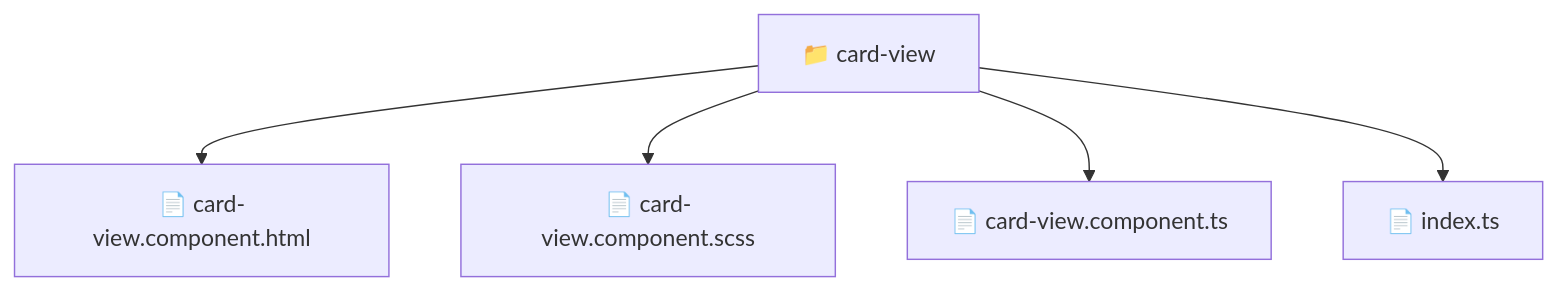
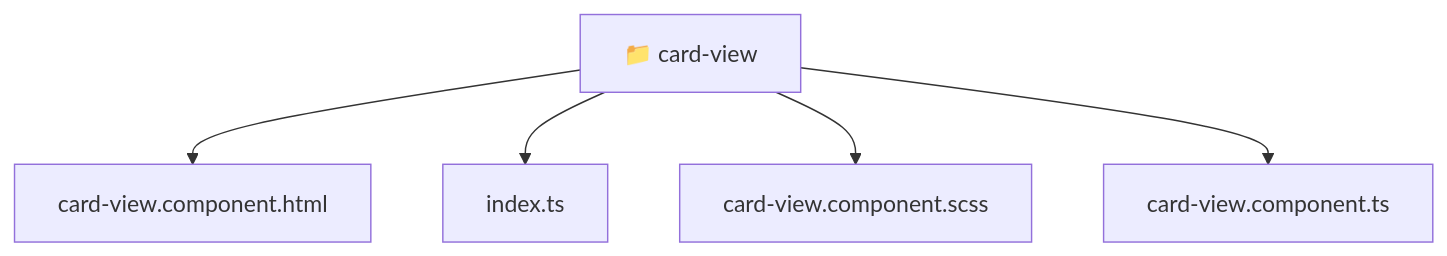
The diagram in frontend/src/shared/ui/card-view/README.md (beginwebdev2002/fullstack-mavluda), drawn with Mermaid before and after one commit. The commit also changed other lines of this file and 167 other files, not shown here.

````diff
--- a/frontend/src/shared/ui/card-view/README.md
+++ b/frontend/src/shared/ui/card-view/README.md
@@ -11,8 +11,12 @@
 ```mermaid
 graph TD
-  Root["📁 card-view"]
-  Root --> card_view_component_html["📄 card-view.component.html"]
-  Root --> card_view_component_scss["📄 card-view.component.scss"]
-  Root --> card_view_component_ts["📄 card-view.component.ts"]
-  Root --> index_ts["📄 index.ts"]
+  Root_card_view["📁 card-view"]
+  f_card_view_component_html["card-view.component.html"]
+  Root_card_view --> f_card_view_component_html
+  f_index_ts["index.ts"]
+  Root_card_view --> f_index_ts
+  f_card_view_component_scss["card-view.component.scss"]
+  Root_card_view --> f_card_view_component_scss
+  f_card_view_component_ts["card-view.component.ts"]
+  Root_card_view --> f_card_view_component_ts
 ```
````
